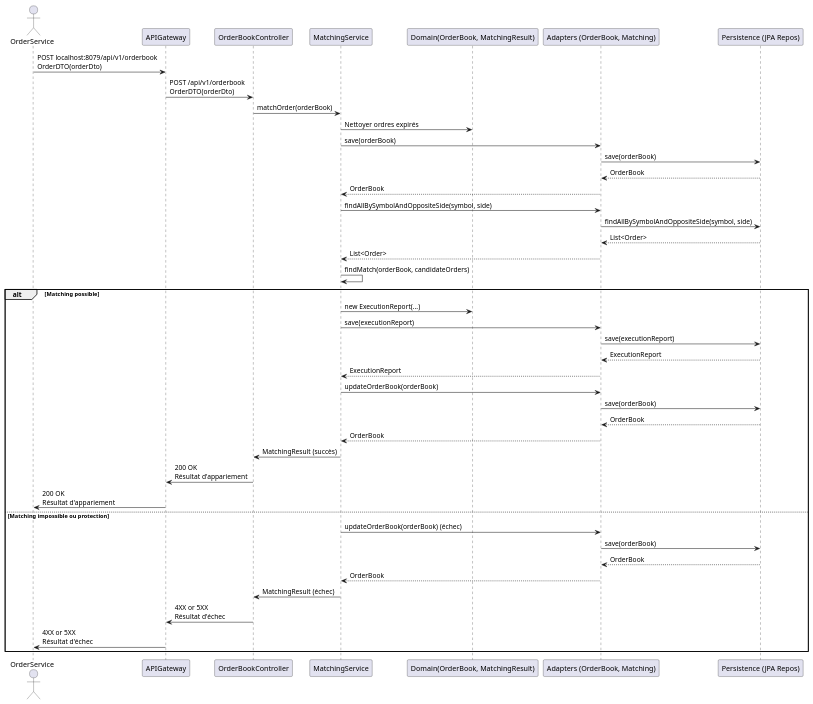
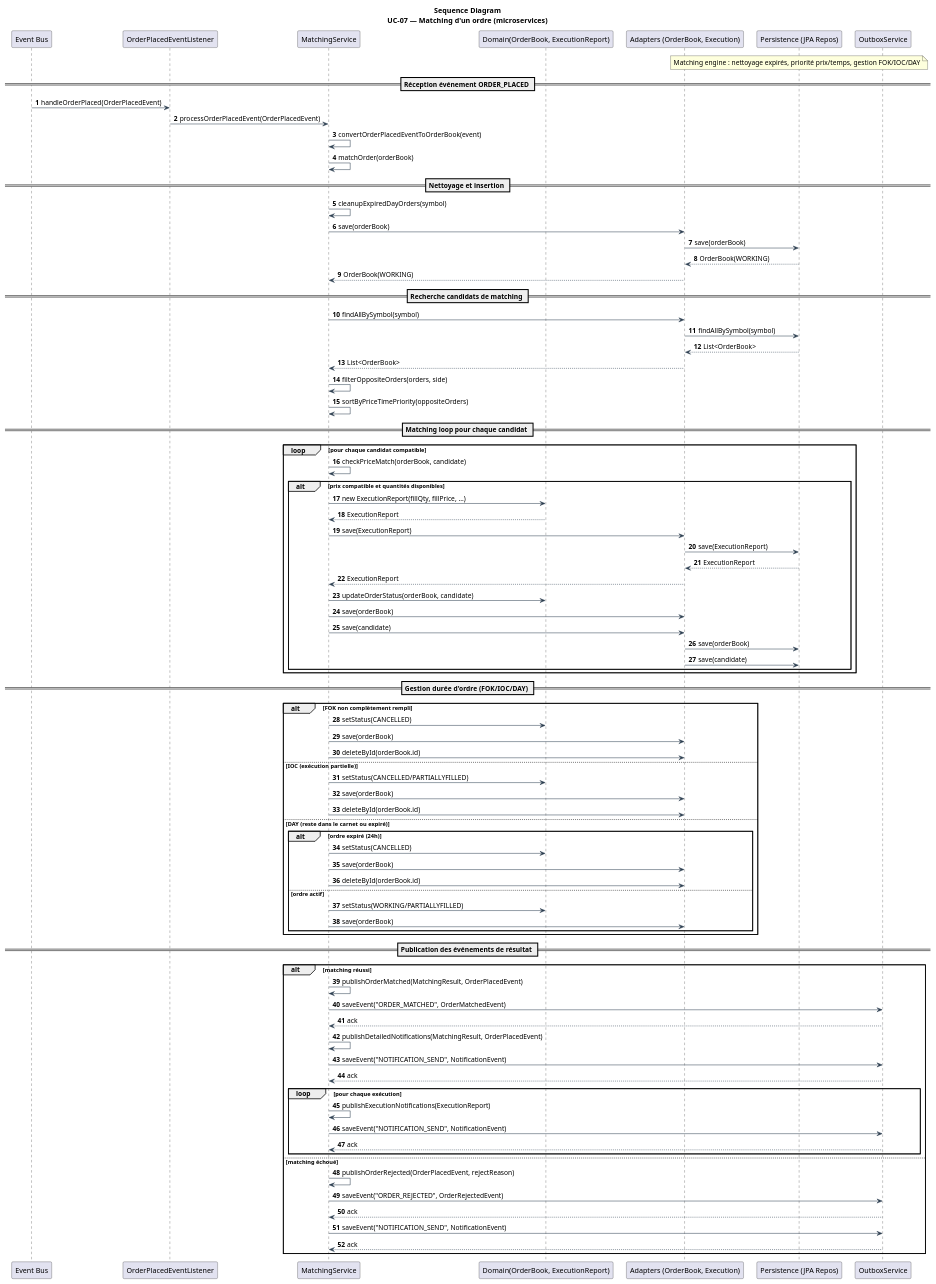
One commit to Hugo-12341234/BrokerX_MicroServices changed the diagram in docs/architecture/4+1/processView/sequenceDiagrams/sequenceDiagramUC07.puml. Above: the diagram before and after it, drawn with PlantUML. The commit also changed 3 other files, not shown here.

Commit message:
UC05 sequence diagram done, UC07 verification

```diff
--- a/docs/architecture/4+1/processView/sequenceDiagrams/sequenceDiagramUC07.puml
+++ b/docs/architecture/4+1/processView/sequenceDiagrams/sequenceDiagramUC07.puml
@@ -1,46 +1,113 @@
 @startuml
-actor "OrderService" as OrderService
-participant APIGateway
-participant "OrderBookController" as Controller
+' UC-07 — Matching d'un ordre (BrokerX)
+
+title Sequence Diagram\nUC-07 — Matching d'un ordre (microservices)
+
+skinparam ParticipantPadding 8
+skinparam BoxPadding 6
+skinparam Shadowing false
+skinparam ArrowColor #2c3e50
+skinparam ActorStyle awesome
+autonumber
+
+participant "Event Bus" as EventBus
+participant "OrderPlacedEventListener" as Listener
 participant "MatchingService" as Service
-participant "Domain(OrderBook, MatchingResult)" as Domain
-participant "Adapters (OrderBook, Matching)" as Adapters
+participant "Domain(OrderBook, ExecutionReport)" as Domain
+participant "Adapters (OrderBook, Execution)" as Adapters
 participant "Persistence (JPA Repos)" as Persistence
+participant "OutboxService" as Outbox
 
-OrderService -> APIGateway: POST localhost:8079/api/v1/orderbook\nOrderDTO(orderDto)
-APIGateway -> Controller: POST /api/v1/orderbook\nOrderDTO(orderDto)
-Controller -> Service: matchOrder(orderBook)
-Service -> Domain: Nettoyer ordres expirés
+note over Persistence
+Matching engine : nettoyage expirés, priorité prix/temps, gestion FOK/IOC/DAY
+end note
+
+== Réception événement ORDER_PLACED ==
+EventBus -> Listener: handleOrderPlaced(OrderPlacedEvent)
+Listener -> Service: processOrderPlacedEvent(OrderPlacedEvent)
+
+Service -> Service: convertOrderPlacedEventToOrderBook(event)
+Service -> Service: matchOrder(orderBook)
+
+== Nettoyage et insertion ==
+Service -> Service: cleanupExpiredDayOrders(symbol)
 Service -> Adapters: save(orderBook)
 Adapters -> Persistence: save(orderBook)
-Persistence --> Adapters: OrderBook
-Adapters --> Service: OrderBook
-Service -> Adapters: findAllBySymbolAndOppositeSide(symbol, side)
-Adapters -> Persistence: findAllBySymbolAndOppositeSide(symbol, side)
-Persistence --> Adapters: List<Order>
-Adapters --> Service: List<Order>
-Service -> Service: findMatch(orderBook, candidateOrders)
+Persistence --> Adapters: OrderBook(WORKING)
+Adapters --> Service: OrderBook(WORKING)
 
-alt Matching possible
-    Service -> Domain: new ExecutionReport(...)
-    Service -> Adapters: save(executionReport)
-    Adapters -> Persistence: save(executionReport)
-    Persistence --> Adapters: ExecutionReport
-    Adapters --> Service: ExecutionReport
-    Service -> Adapters: updateOrderBook(orderBook)
-    Adapters -> Persistence: save(orderBook)
-    Persistence --> Adapters: OrderBook
-    Adapters --> Service: OrderBook
-    Controller <- Service: MatchingResult (succès)
-    APIGateway <- Controller: 200 OK\nRésultat d'appariement
-    OrderService <- APIGateway: 200 OK\nRésultat d'appariement
-else Matching impossible ou protection
-    Service -> Adapters: updateOrderBook(orderBook) (échec)
-    Adapters -> Persistence: save(orderBook)
-    Persistence --> Adapters: OrderBook
-    Adapters --> Service: OrderBook
-    Controller <- Service: MatchingResult (échec)
-    APIGateway <- Controller: 4XX or 5XX\nRésultat d'échec
-    OrderService <- APIGateway: 4XX or 5XX\nRésultat d'échec
+== Recherche candidats de matching ==
+Service -> Adapters: findAllBySymbol(symbol)
+Adapters -> Persistence: findAllBySymbol(symbol)
+Persistence --> Adapters: List<OrderBook>
+Adapters --> Service: List<OrderBook>
+
+Service -> Service: filterOppositeOrders(orders, side)
+Service -> Service: sortByPriceTimePriority(oppositeOrders)
+
+== Matching loop pour chaque candidat ==
+loop pour chaque candidat compatible
+    Service -> Service: checkPriceMatch(orderBook, candidate)
+
+    alt prix compatible et quantités disponibles
+        Service -> Domain: new ExecutionReport(fillQty, fillPrice, ...)
+        Domain --> Service: ExecutionReport
+
+        Service -> Adapters: save(ExecutionReport)
+        Adapters -> Persistence: save(ExecutionReport)
+        Persistence --> Adapters: ExecutionReport
+        Adapters --> Service: ExecutionReport
+
+        Service -> Domain: updateOrderStatus(orderBook, candidate)
+        Service -> Adapters: save(orderBook)
+        Service -> Adapters: save(candidate)
+        Adapters -> Persistence: save(orderBook)
+        Adapters -> Persistence: save(candidate)
+    end
 end
+
+== Gestion durée d'ordre (FOK/IOC/DAY) ==
+alt FOK non complètement rempli
+    Service -> Domain: setStatus(CANCELLED)
+    Service -> Adapters: save(orderBook)
+    Service -> Adapters: deleteById(orderBook.id)
+else IOC (exécution partielle)
+    Service -> Domain: setStatus(CANCELLED/PARTIALLYFILLED)
+    Service -> Adapters: save(orderBook)
+    Service -> Adapters: deleteById(orderBook.id)
+else DAY (reste dans le carnet ou expiré)
+    alt ordre expiré (24h)
+        Service -> Domain: setStatus(CANCELLED)
+        Service -> Adapters: save(orderBook)
+        Service -> Adapters: deleteById(orderBook.id)
+    else ordre actif
+        Service -> Domain: setStatus(WORKING/PARTIALLYFILLED)
+        Service -> Adapters: save(orderBook)
+    end
+end
+
+== Publication des événements de résultat ==
+alt matching réussi
+    Service -> Service: publishOrderMatched(MatchingResult, OrderPlacedEvent)
+    Service -> Outbox: saveEvent("ORDER_MATCHED", OrderMatchedEvent)
+    Outbox --> Service: ack
+
+    Service -> Service: publishDetailedNotifications(MatchingResult, OrderPlacedEvent)
+    Service -> Outbox: saveEvent("NOTIFICATION_SEND", NotificationEvent)
+    Outbox --> Service: ack
+
+    loop pour chaque exécution
+        Service -> Service: publishExecutionNotifications(ExecutionReport)
+        Service -> Outbox: saveEvent("NOTIFICATION_SEND", NotificationEvent)
+        Outbox --> Service: ack
+    end
+else matching échoué
+    Service -> Service: publishOrderRejected(OrderPlacedEvent, rejectReason)
+    Service -> Outbox: saveEvent("ORDER_REJECTED", OrderRejectedEvent)
+    Outbox --> Service: ack
+
+    Service -> Outbox: saveEvent("NOTIFICATION_SEND", NotificationEvent)
+    Outbox --> Service: ack
+end
+
 @enduml
```
